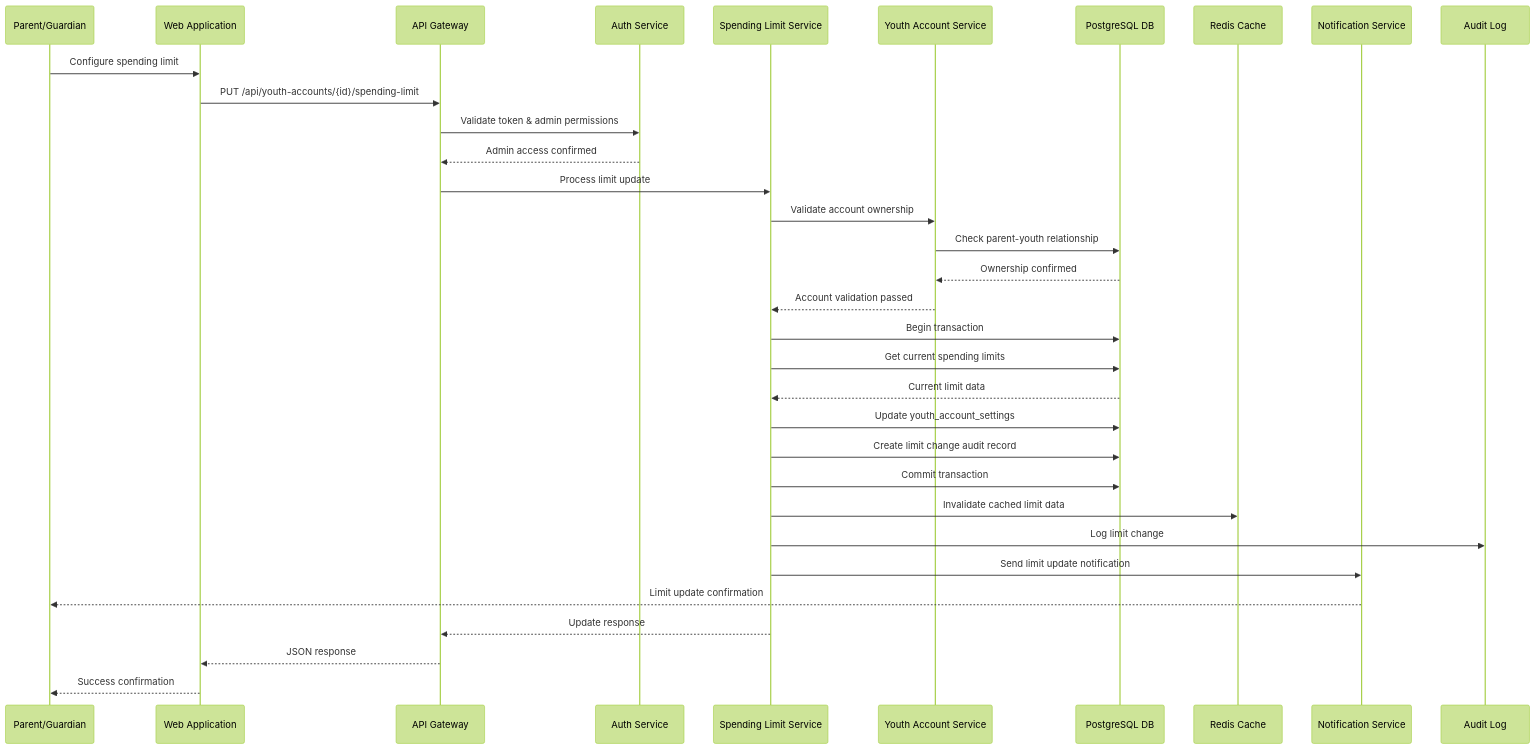
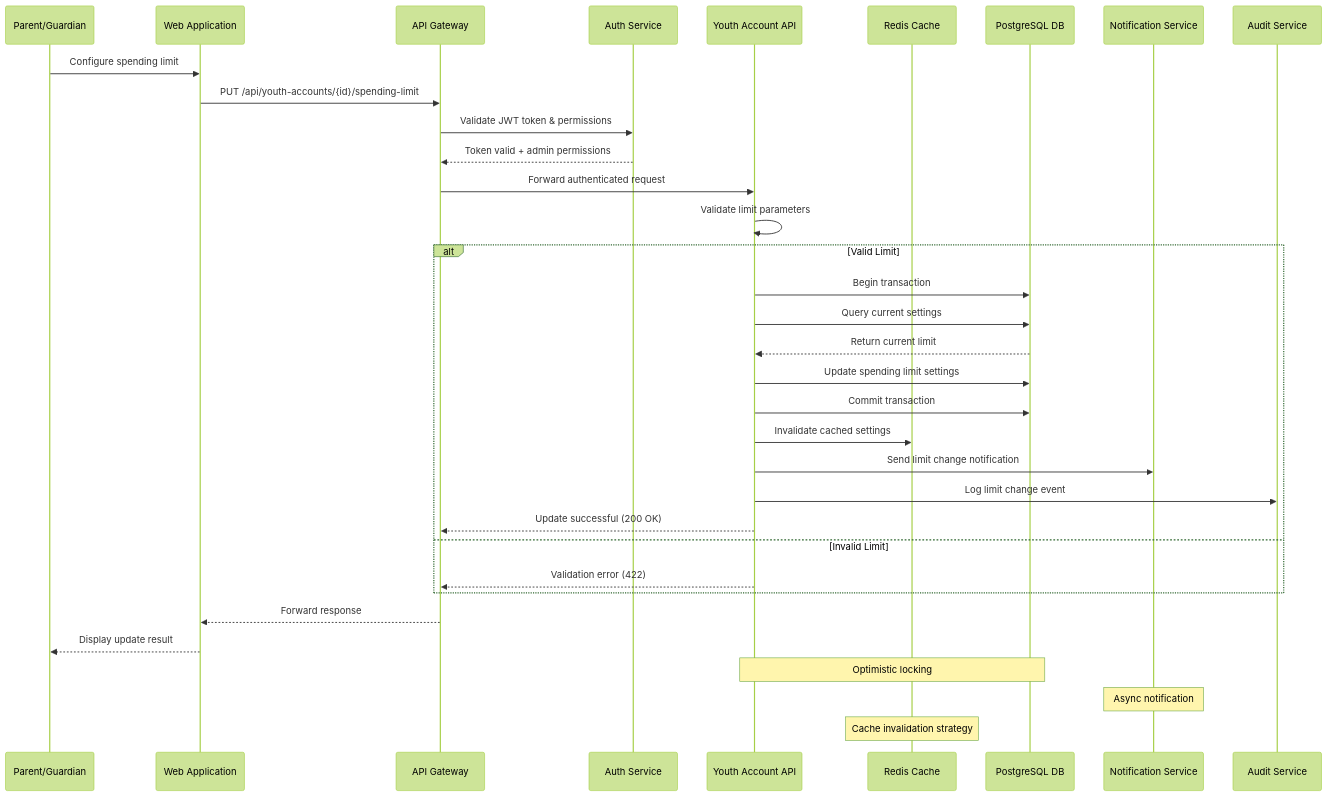
One commit to ThapaswiASC/SCIB-INCEPTION-PHASE-DEMO changed the third of 6 diagrams in API Development/Components and Sequence Diagrams/sequence_diagram.md. Above: the diagram before and after it, drawn with Mermaid (forest theme). The commit also changed other lines of this file and 1 other file, not shown here.

````diff
--- a/API Development/Components and Sequence Diagrams/sequence_diagram.md
+++ b/API Development/Components and Sequence Diagrams/sequence_diagram.md
@@ -97,41 +105,42 @@
 ```mermaid
 sequenceDiagram
     participant Parent as Parent/Guardian
     participant WebApp as Web Application
-    participant APIGateway as API Gateway
-    participant AuthService as Auth Service
-    participant LimitService as Spending Limit Service
-    participant YouthService as Youth Account Service
-    participant Database as PostgreSQL DB
+    participant Gateway as API Gateway
+    participant AuthSvc as Auth Service
+    participant YouthAPI as Youth Account API
     participant Cache as Redis Cache
-    participant NotificationService as Notification Service
-    participant AuditLog as Audit Log
-
+    participant DB as PostgreSQL DB
+    participant NotifySvc as Notification Service
+    participant AuditSvc as Audit Service
+    
     Parent->>WebApp: Configure spending limit
-    WebApp->>APIGateway: PUT /api/youth-accounts/{id}/spending-limit
-    APIGateway->>AuthService: Validate token & admin permissions
-    AuthService-->>APIGateway: Admin access confirmed
-    APIGateway->>LimitService: Process limit update
+    WebApp->>Gateway: PUT /api/youth-accounts/{id}/spending-limit
+    Gateway->>AuthSvc: Validate JWT token & permissions
+    AuthSvc-->>Gateway: Token valid + admin permissions
+    Gateway->>YouthAPI: Forward authenticated request
     
-    LimitService->>YouthService: Validate account ownership
-    YouthService->>Database: Check parent-youth relationship
-    Database-->>YouthService: Ownership confirmed
-    YouthService-->>LimitService: Account validation passed
+    YouthAPI->>YouthAPI: Validate limit parameters
+    alt Valid Limit
+        YouthAPI->>DB: Begin transaction
+        YouthAPI->>DB: Query current settings
+        DB-->>YouthAPI: Return current limit
+        YouthAPI->>DB: Update spending limit settings
+        YouthAPI->>DB: Commit transaction
+        
+        YouthAPI->>Cache: Invalidate cached settings
+        YouthAPI->>NotifySvc: Send limit change notification
+        YouthAPI->>AuditSvc: Log limit change event
+        
+        YouthAPI-->>Gateway: Update successful (200 OK)
+    else Invalid Limit
+        YouthAPI-->>Gateway: Validation error (422)
+    end
     
-    LimitService->>Database: Begin transaction
-    LimitService->>Database: Get current spending limits
-    Database-->>LimitService: Current limit data
+    Gateway-->>WebApp: Forward response
+    WebApp-->>Parent: Display update result
     
-    LimitService->>Database: Update youth_account_settings
-    LimitService->>Database: Create limit change audit record
-    LimitService->>Database: Commit transaction
-    
-    LimitService->>Cache: Invalidate cached limit data
-    LimitService->>AuditLog: Log limit change
-    LimitService->>NotificationService: Send limit update notification
-    NotificationService-->>Parent: Limit update confirmation
-    
-    LimitService-->>APIGateway: Update response
-    APIGateway-->>WebApp: JSON response
-    WebApp-->>Parent: Success confirmation
+    Note over YouthAPI,DB: Optimistic locking
+    Note over NotifySvc: Async notification
+    Note over Cache: Cache invalidation strategy
 ```
````
